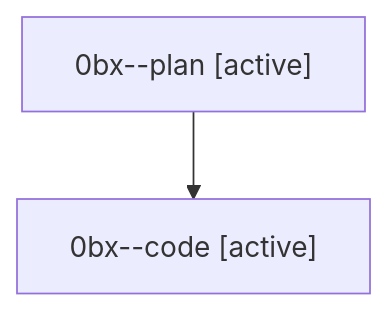
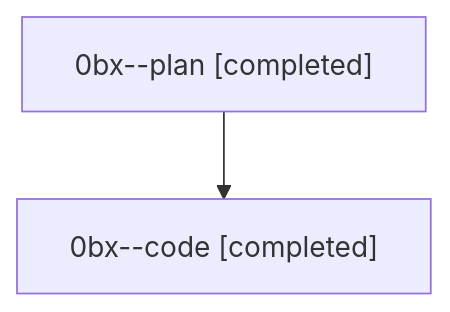
Before and after one commit to sase-org/sase--agents: the diagram in families/bbugyi200.athena.0bx.md, drawn with Mermaid. The commit also changed other lines of this file and 49 other files, not shown here.

````diff
--- a/families/bbugyi200.athena.0bx.md
+++ b/families/bbugyi200.athena.0bx.md
@@ -9,6 +9,6 @@
 ```mermaid
 flowchart TD
-  n0["0bx--plan [active]"]
-  n1["0bx--code [active]"]
+  n0["0bx--plan [completed]"]
+  n1["0bx--code [completed]"]
   n0 --> n1
 ```
````
